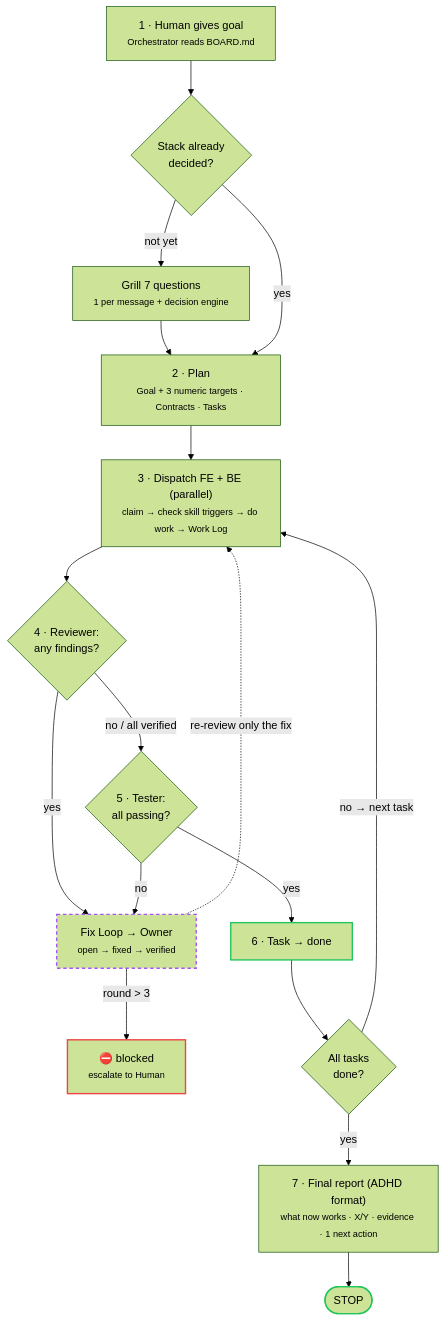
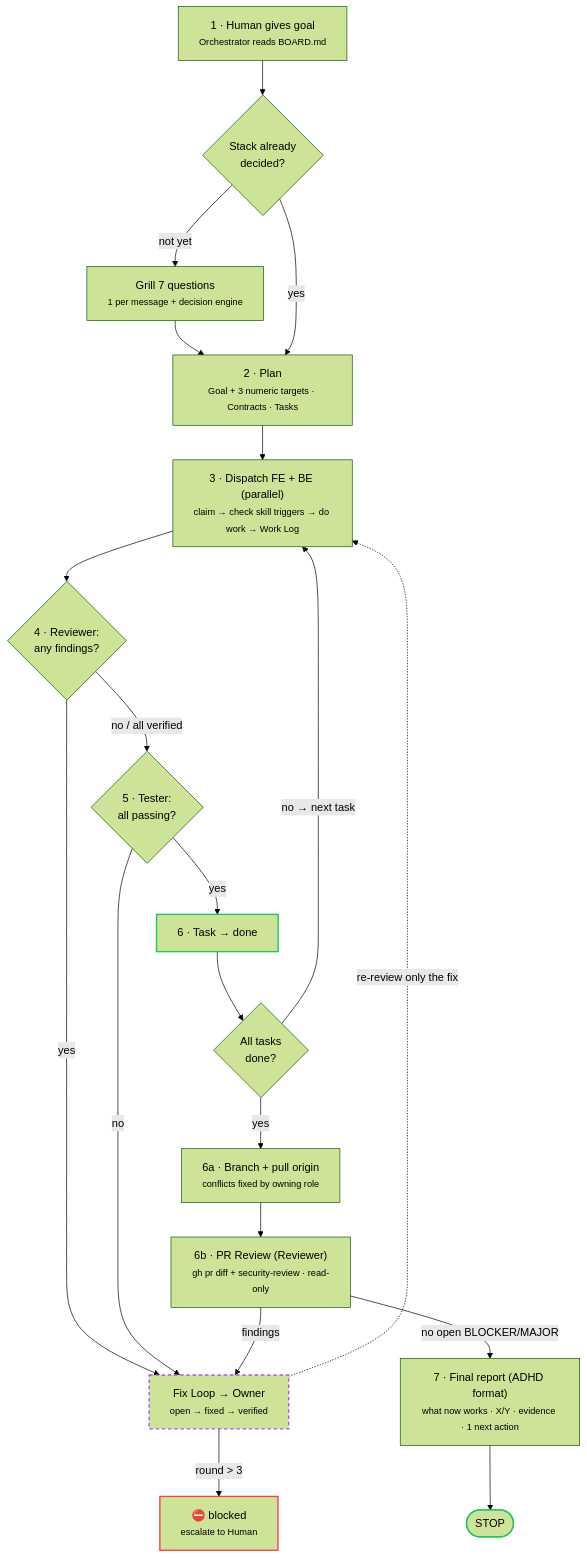
The second of 4 diagrams in README.md (kikiriky-hue/my-agent), drawn with Mermaid (forest theme) before and after one commit. The commit also changed other lines of this file and 1 other file, not shown here.

First line of the commit message:
Add security-review, PR review comments, and branch/sync rules

````diff
--- a/README.md
+++ b/README.md
@@ -73,24 +74,27 @@
 ```mermaid
 flowchart TD
     A["1 · Human gives goal<br/><small>Orchestrator reads BOARD.md</small>"] --> D1{"Stack already<br/>decided?"}
     D1 -- not yet --> G["Grill 7 questions<br/><small>1 per message + decision engine</small>"]
     G --> P
     D1 -- yes --> P["2 · Plan<br/><small>Goal + 3 numeric targets · Contracts · Tasks</small>"]
     P --> W["3 · Dispatch FE + BE (parallel)<br/><small>claim → check skill triggers → do work → Work Log</small>"]
     W --> R{"4 · Reviewer:<br/>any findings?"}
     R -- yes --> F["Fix Loop → Owner<br/><small>open → fixed → verified</small>"]
     R -- "no / all verified" --> T{"5 · Tester:<br/>all passing?"}
     T -- no --> F
     F -. "re-review only the fix" .-> W
     F -- "round > 3" --> X["⛔ blocked<br/><small>escalate to Human</small>"]
     T -- yes --> DN["6 · Task → done"]
     DN --> D2{"All tasks<br/>done?"}
     D2 -- "no → next task" --> W
-    D2 -- yes --> RP["7 · Final report (ADHD format)<br/><small>what now works · X/Y · evidence · 1 next action</small>"]
+    D2 -- yes --> BR["6a · Branch + pull origin<br/><small>conflicts fixed by owning role</small>"]
+    BR --> PR["6b · PR Review (Reviewer)<br/><small>gh pr diff + security-review · read-only</small>"]
+    PR -- findings --> F
+    PR -- "no open BLOCKER/MAJOR" --> RP["7 · Final report (ADHD format)<br/><small>what now works · X/Y · evidence · 1 next action</small>"]
     RP --> S(["STOP"])
 
     style F stroke:#a855f7,stroke-width:2px,stroke-dasharray:5 4
     style X stroke:#ef4444,stroke-width:2px
     style DN stroke:#22c55e,stroke-width:2px
     style S stroke:#22c55e,stroke-width:2px
 ```
````
